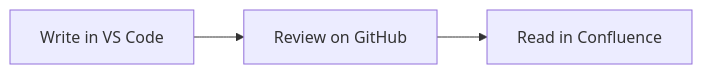
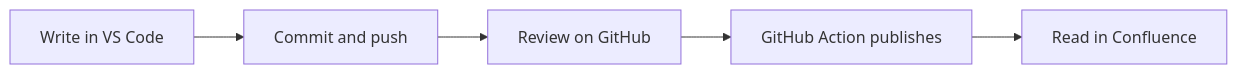
The diagram in course/markdown-101/editions/microsoft-slides.md (Markdown-here/markdown), drawn with Mermaid before and after one commit. The commit also changed other lines of this file, not shown here.

Commit message:
Show the commit and publish steps in the Confluence diagram
Claude-Session: https://claude.ai/code/session_01EPHxHbkD7CWkuhqoTmfmR1

````diff
--- a/course/markdown-101/editions/microsoft-slides.md
+++ b/course/markdown-101/editions/microsoft-slides.md
@@ -252,5 +252,7 @@
 ```mermaid
 flowchart LR
-    A[Write in VS Code] --> B[Review on GitHub]
-    B --> C[Read in Confluence]
+    A[Write in VS Code] --> B[Commit and push]
+    B --> C[Review on GitHub]
+    C --> D[GitHub Action publishes]
+    D --> E[Read in Confluence]
 ```
````
